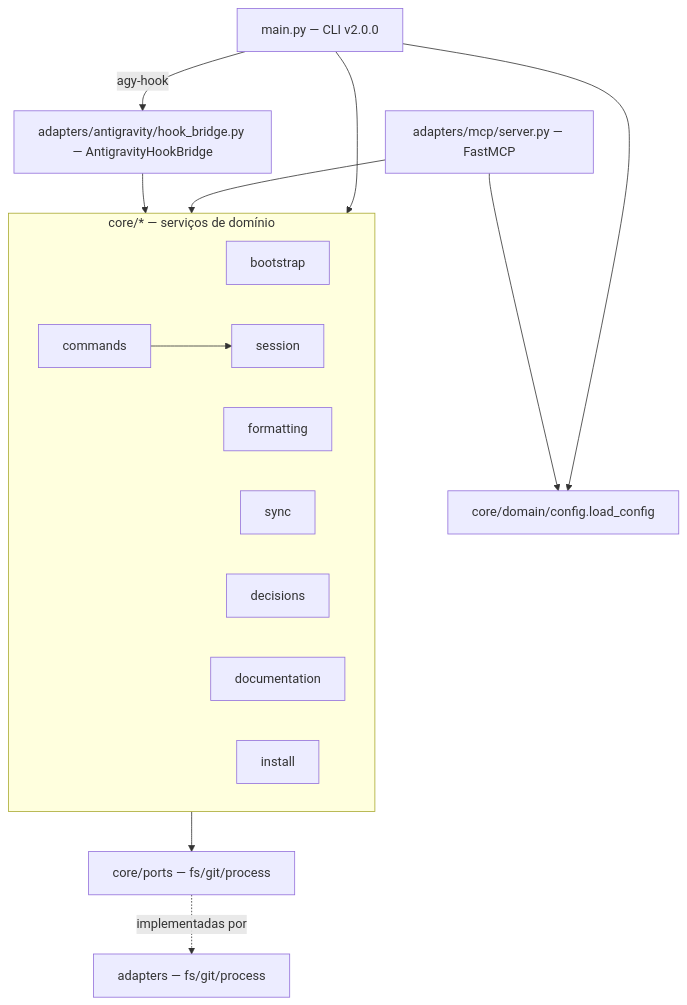
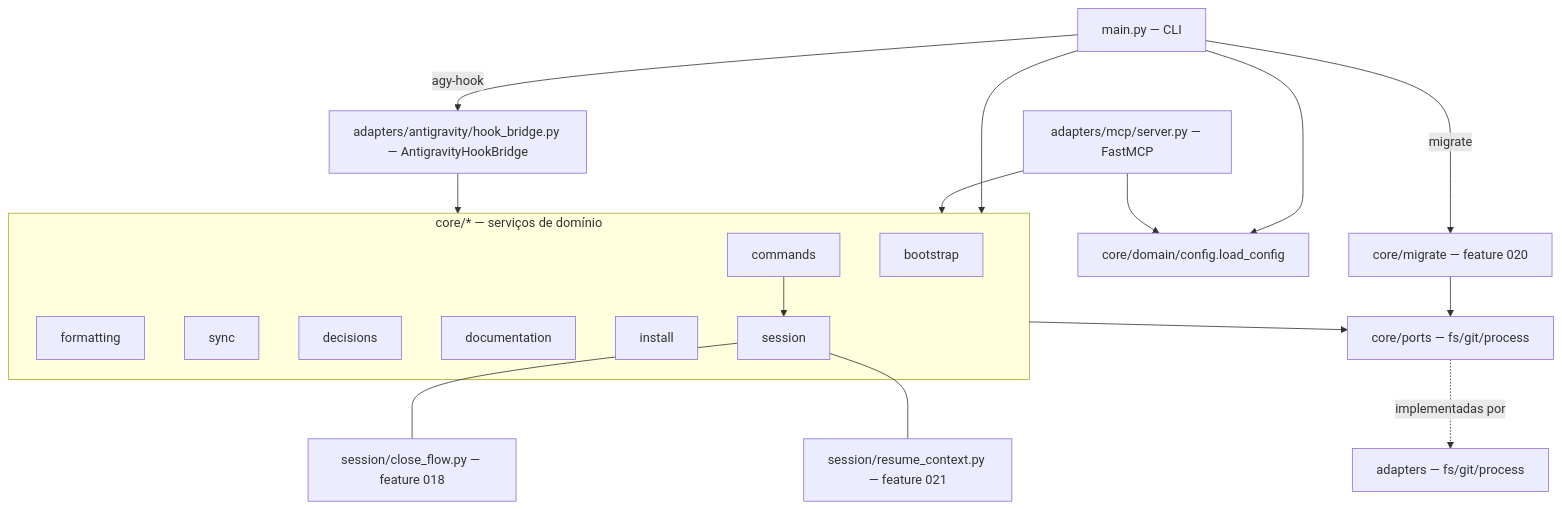
One commit to iago-leal/harness-config changed the diagram in _reversa_sdd/code-analysis.md. Above: the diagram before and after it, drawn with Mermaid. The commit also changed other lines of this file and 34 other files, not shown here.

````diff
--- a/_reversa_sdd/code-analysis.md
+++ b/_reversa_sdd/code-analysis.md
@@ -20,22 +21,26 @@
 ```mermaid
 graph TD
-    CLI[main.py — CLI v2.0.0] --> Services
+    CLI[main.py — CLI] --> Services
     MCP[adapters/mcp/server.py — FastMCP] --> Services
     AGY[adapters/antigravity/hook_bridge.py — AntigravityHookBridge] --> Services
     CLI -- agy-hook --> AGY
+    CLI -- migrate --> Migrate[core/migrate — feature 020]
     subgraph Services[core/* — serviços de domínio]
         boot[bootstrap]
         fmt[formatting]
         sync[sync]
         dec[decisions]
         cmd[commands]
         doc[documentation]
         inst[install]
         sess[session]
     end
+    sess --- closeflow[session/close_flow.py — feature 018]
+    sess --- resumectx[session/resume_context.py — feature 021]
     Services --> Ports[core/ports — fs/git/process]
     Ports -.implementadas por.-> Adapters[adapters — fs/git/process]
+    Migrate --> Ports
     cmd --> sess
     CLI --> Config[core/domain/config.load_config]
     MCP --> Config
 ```
````
